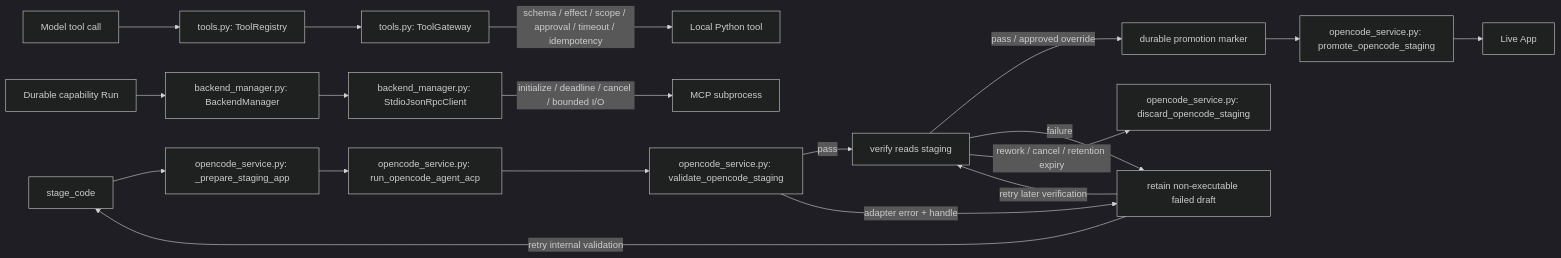
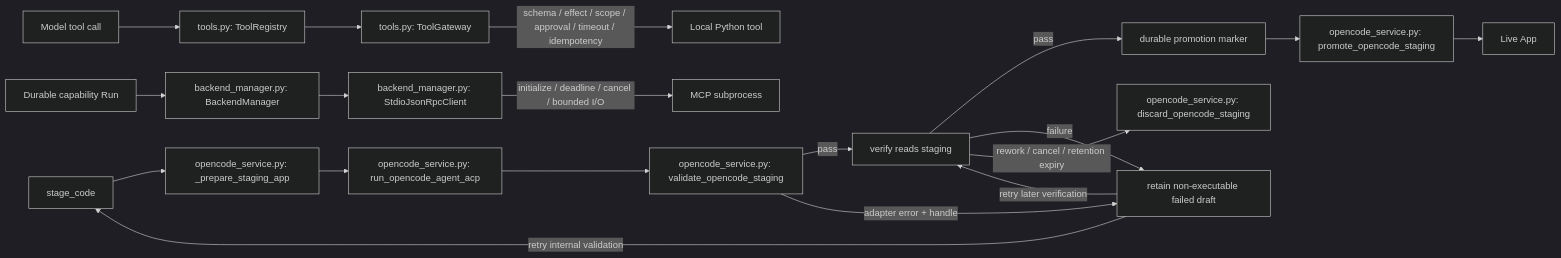
The fifth of 7 diagrams in docs/en/architecture/uml.md (BillShiyaoZhang/ambient-agent), drawn with Mermaid (dark theme) before and after one commit. The commit also changed other lines of this file and 21 other files, not shown here.

Commit message:
Enforce schema validation and repair workflows

````diff
--- a/docs/en/architecture/uml.md
+++ b/docs/en/architecture/uml.md
@@ -154,23 +153,23 @@
 ```mermaid
 flowchart LR
     Model[Model tool call] --> Registry[tools.py: ToolRegistry]
     Registry --> Gateway[tools.py: ToolGateway]
     Gateway -->|schema / effect / scope / approval / timeout / idempotency| LocalTool[Local Python tool]
 
     Run[Durable capability Run] --> Backend[backend_manager.py: BackendManager]
     Backend --> MCP[backend_manager.py: StdioJsonRpcClient]
     MCP -->|initialize / deadline / cancel / bounded I/O| Process[MCP subprocess]
 
     Stage[stage_code] --> Prepare[opencode_service.py: _prepare_staging_app]
     Prepare --> ACP[opencode_service.py: run_opencode_agent_acp]
     ACP --> Validate[opencode_service.py: validate_opencode_staging]
     Validate -->|pass| Verify[verify reads staging]
     Validate -->|adapter error + handle| Retain[retain non-executable failed draft]
-    Verify -->|pass / approved override| Marker[durable promotion marker]
+    Verify -->|pass| Marker[durable promotion marker]
     Marker --> Promote[opencode_service.py: promote_opencode_staging]
     Verify -->|failure| Retain
     Retain -->|retry internal validation| Stage
     Retain -->|retry later verification| Verify
     Verify -->|rework / cancel / retention expiry| Discard[opencode_service.py: discard_opencode_staging]
     Promote --> Live[Live App]
 ```
````
